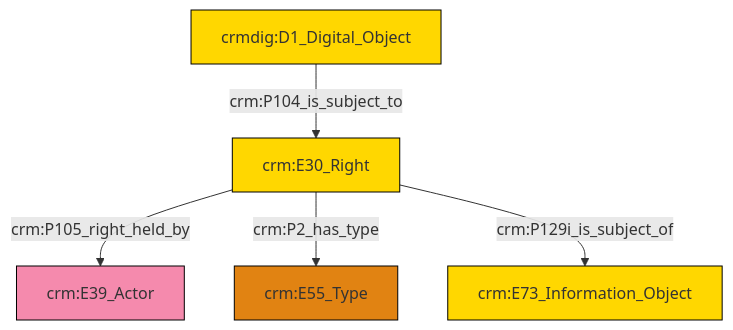
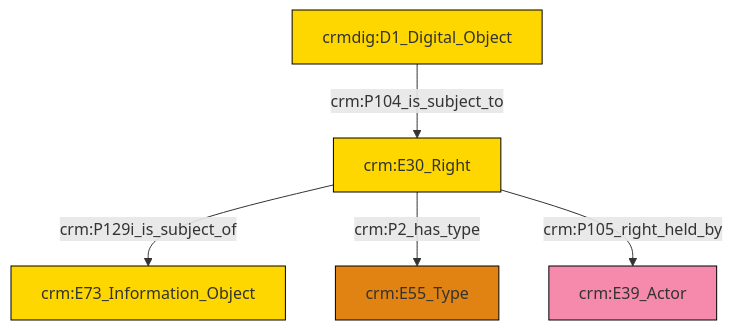
Before and after one commit to swiss-art-research-net/docs.swissartresearch: the diagram in et/doCSV/ttl/mmd/do_rights.ttl.mmd, drawn with Mermaid. The commit also changed 204 other files, not shown here.

```diff
--- a/et/doCSV/ttl/mmd/do_rights.ttl.mmd
+++ b/et/doCSV/ttl/mmd/do_rights.ttl.mmd
@@ -1,19 +1,19 @@
 graph TD
 classDef Literal fill:#f2f2f2,stroke:#000000;
 classDef CRM_Entity fill:#FFFFFF,stroke:#000000;
 classDef Temporal_Entity fill:#00C9E6, stroke:#000000;
 classDef Type fill:#E18312, stroke:#000000;
 classDef Time-Span fill:#2C9C91, stroke:#000000;
 classDef Appellation fill:#FFEB7F, stroke:#000000;
 classDef Place fill:#008836, stroke:#000000;
 classDef Persistent_Item fill:#B266B2, stroke:#000000;
 classDef Conceptual_Object fill:#FFD700, stroke:#000000;
 classDef Physical_Thing fill:#D2B48C, stroke:#000000;
 classDef Actor fill:#f58aad, stroke:#000000;
 classDef PC_Classes fill:#4ce600, stroke:#000000;
 classDef Multi fill:#cccccc,stroke:#000000;
 
-0["crmdig:D1_Digital_Object"]:::Conceptual_Object -->|crm:P104_is_subject_to| 1["crm:E30_Right"]:::Conceptual_Object
-1["crm:E30_Right"]:::Conceptual_Object -->|crm:P105_right_held_by| 2["crm:E39_Actor"]:::Actor
-1["crm:E30_Right"]:::Conceptual_Object -->|crm:P2_has_type| 4["crm:E55_Type"]:::Type
-1["crm:E30_Right"]:::Conceptual_Object -->|crm:P129i_is_subject_of| 5["crm:E73_Information_Object"]:::Conceptual_Object
+0["crm:E30_Right"]:::Conceptual_Object -->|crm:P129i_is_subject_of| 1["crm:E73_Information_Object"]:::Conceptual_Object
+0["crm:E30_Right"]:::Conceptual_Object -->|crm:P2_has_type| 5["crm:E55_Type"]:::Type
+7["crmdig:D1_Digital_Object"]:::Conceptual_Object -->|crm:P104_is_subject_to| 0["crm:E30_Right"]:::Conceptual_Object
+0["crm:E30_Right"]:::Conceptual_Object -->|crm:P105_right_held_by| 3["crm:E39_Actor"]:::Actor
```
